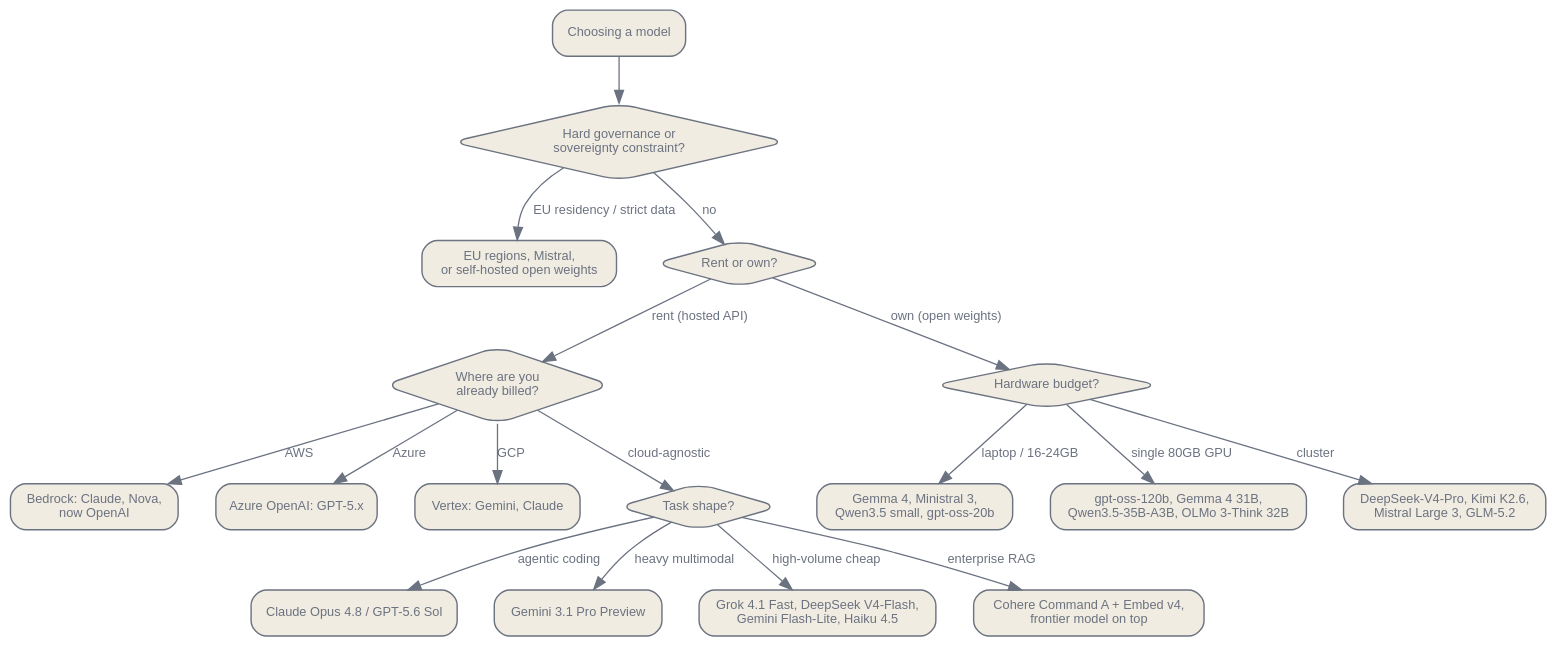
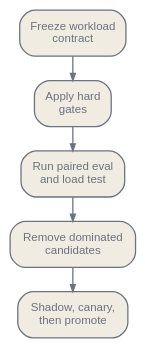
Before and after one commit to latere-ai/ai-as-an-infrastructure: the first of 2 diagrams in en/practice/01-choosing-a-model.qmd, drawn with Graphviz. The commit also changed other lines of this file and 5 other files, not shown here.

Commit message:
docs: rewrite choosing a model

````diff
--- a/en/practice/01-choosing-a-model.qmd
+++ b/en/practice/01-choosing-a-model.qmd
@@ -186,49 +47,19 @@
 ```{dot}
 //| label: fig-model-decision
-//| fig-cap: "A decision order for picking a model in mid-2026. The cloud you are billed through and your governance constraints usually decide before quality does."
+//| fig-cap: "Model selection as a gated decision. Define the workload, reject ineligible systems, measure the survivors, remove dominated options, and roll out the chosen configuration."
 digraph {
   bgcolor="transparent";
   rankdir=TB;
-  nodesep=0.4; ranksep=0.5;
-  node [shape=box, style="rounded,filled", fontname="Helvetica", fontsize=10, color="#6b7280", fontcolor="#6b7280", fillcolor="#f1ece1", penwidth=1.1];
-  edge [fontsize=10, fontname="Helvetica", color="#6b7280", fontcolor="#6b7280"];
+  nodesep=0.18; ranksep=0.27;
+  node [shape=box, style="rounded,filled", fontname="Helvetica", fontsize=9, color="#6b7280", fontcolor="#6b7280", fillcolor="#f1ece1", margin="0.07,0.04"];
+  edge [fontsize=8, fontname="Helvetica", color="#6b7280", fontcolor="#6b7280", arrowsize=0.55];
 
-  start [label="Choosing a model"];
-  gov [label="Hard governance or\nsovereignty constraint?", shape=diamond];
-  sov [label="EU regions, Mistral,\nor self-hosted open weights"];
-  host [label="Rent or own?", shape=diamond];
-  cloud [label="Where are you\nalready billed?", shape=diamond];
-  bedrock [label="Bedrock: Claude, Nova,\nnow OpenAI"];
-  azure [label="Azure OpenAI: GPT-5.x"];
-  vertex [label="Vertex: Gemini, Claude"];
-  hw [label="Hardware budget?", shape=diamond];
-  small [label="Gemma 4, Ministral 3,\nQwen3.5 small, gpt-oss-20b"];
-  mid [label="gpt-oss-120b, Gemma 4 31B,\nQwen3.5-35B-A3B, OLMo 3-Think 32B"];
-  big [label="DeepSeek-V4-Pro, Kimi K2.6,\nMistral Large 3, GLM-5.2"];
-  task [label="Task shape?", shape=diamond];
-  code [label="Claude Opus 4.8 / GPT-5.6 Sol"];
-  mm [label="Gemini 3.1 Pro Preview"];
-  cheap [label="Grok 4.1 Fast, DeepSeek V4-Flash,\nGemini Flash-Lite, Haiku 4.5"];
-  rag [label="Cohere Command A + Embed v4,\nfrontier model on top"];
+  contract [label="Freeze workload\ncontract"];
+  gate [label="Apply hard\ngates"];
+  measure [label="Run paired eval\nand load test"];
+  frontier [label="Remove dominated\ncandidates"];
+  rollout [label="Shadow, canary,\nthen promote"];
 
-  start -> gov;
-  gov -> sov [label="EU residency / strict data"];
-  gov -> host [label="no"];
-
-  host -> cloud [label="rent (hosted API)"];
-  cloud -> bedrock [label="AWS"];
-  cloud -> azure [label="Azure"];
-  cloud -> vertex [label="GCP"];
-  cloud -> task [label="cloud-agnostic"];
-
-  host -> hw [label="own (open weights)"];
-  hw -> small [label="laptop / 16-24GB"];
-  hw -> mid [label="single 80GB GPU"];
-  hw -> big [label="cluster"];
-
-  task -> code [label="agentic coding"];
-  task -> mm [label="heavy multimodal"];
-  task -> cheap [label="high-volume cheap"];
-  task -> rag [label="enterprise RAG"];
+  contract -> gate -> measure -> frontier -> rollout;
 }
 ```
````
